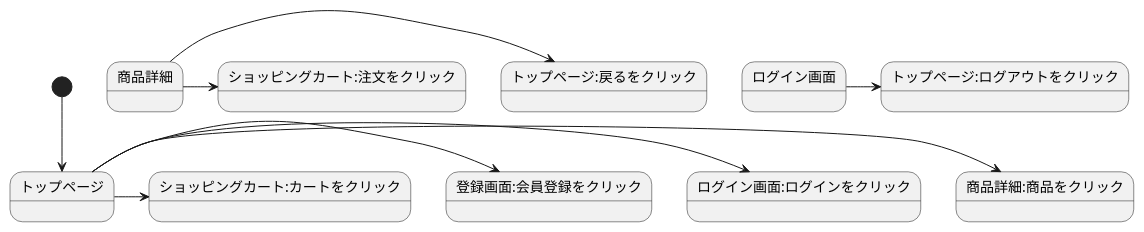
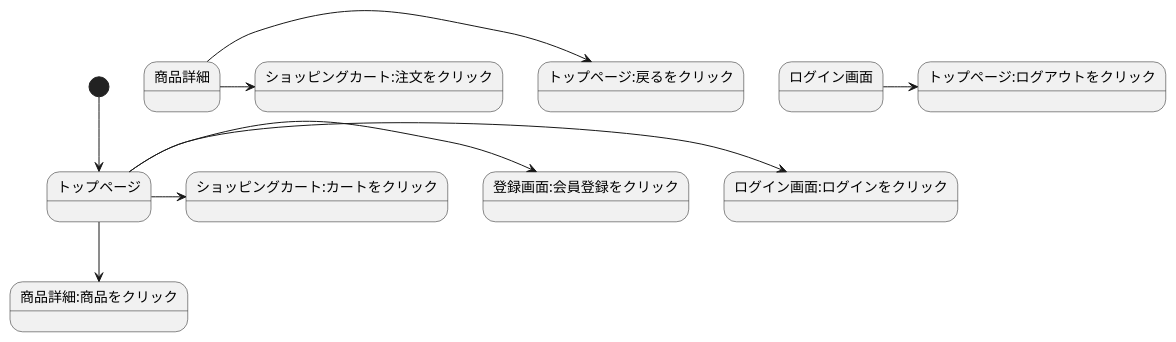
One commit to Aso2001409/2021sys-design changed the diagram in gamen.md. Above: the diagram before and after it, drawn with PlantUML.

````diff
--- a/gamen.md
+++ b/gamen.md
@@ -1,12 +1,12 @@
 ```uml
 @startuml
 [*]-->トップページ
-トップページ->商品詳細:商品をクリック
+トップページ-->商品詳細:商品をクリック
 トップページ->ログイン画面:ログインをクリック
 トップページ->登録画面:会員登録をクリック
 トップページ->ショッピングカート:カートをクリック
 商品詳細->トップページ:戻るをクリック
 商品詳細->ショッピングカート:注文をクリック
 ログイン画面->トップページ:ログアウトをクリック
 @enduml
 ```
````
